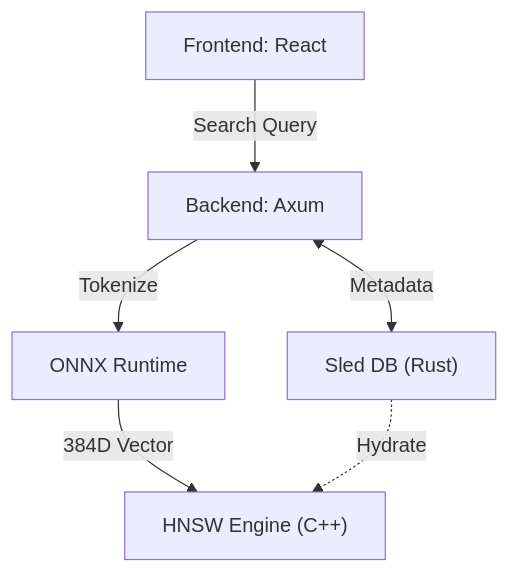
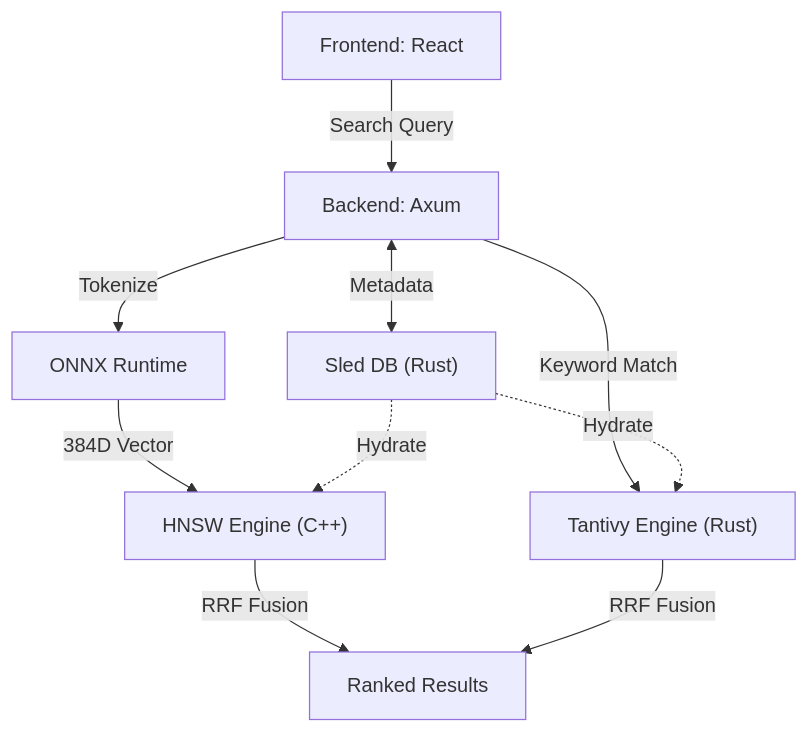
The diagram in README.md (lliusshijjie/mini-recsys), drawn with Mermaid before and after one commit. The commit also changed other lines of this file, not shown here.

````diff
--- a/README.md
+++ b/README.md
@@ -17,8 +18,11 @@
 ```mermaid
 graph TD
     A["Frontend: React"] -->|Search Query| B["Backend: Axum"]
     B -->|Tokenize| E["ONNX Runtime"]
     E -->|384D Vector| C["HNSW Engine (C++)"]
+    B -->|Keyword Match| F["Tantivy Engine (Rust)"]
+    C & F -->|RRF Fusion| G["Ranked Results"]
     B <-->|Metadata| D["Sled DB (Rust)"]
     D -.->|Hydrate| C
+    D -.->|Hydrate| F
 ```
````
